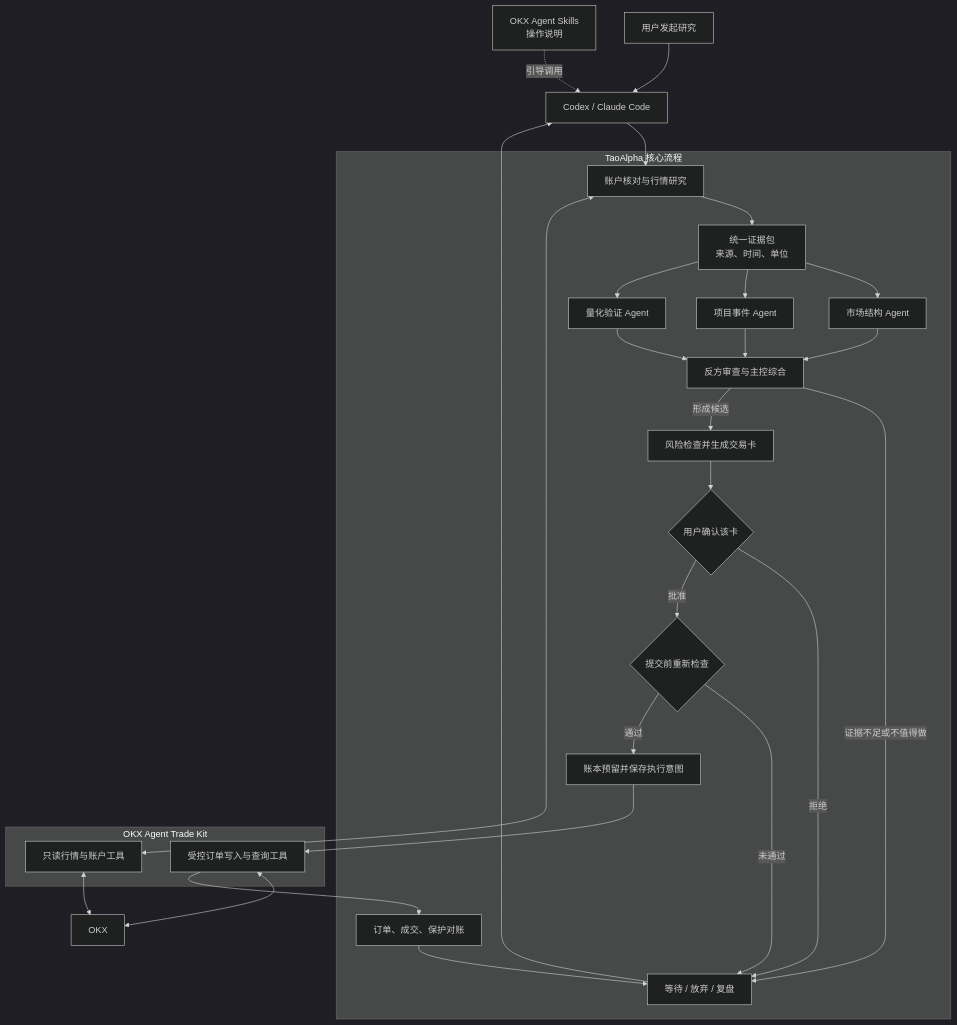
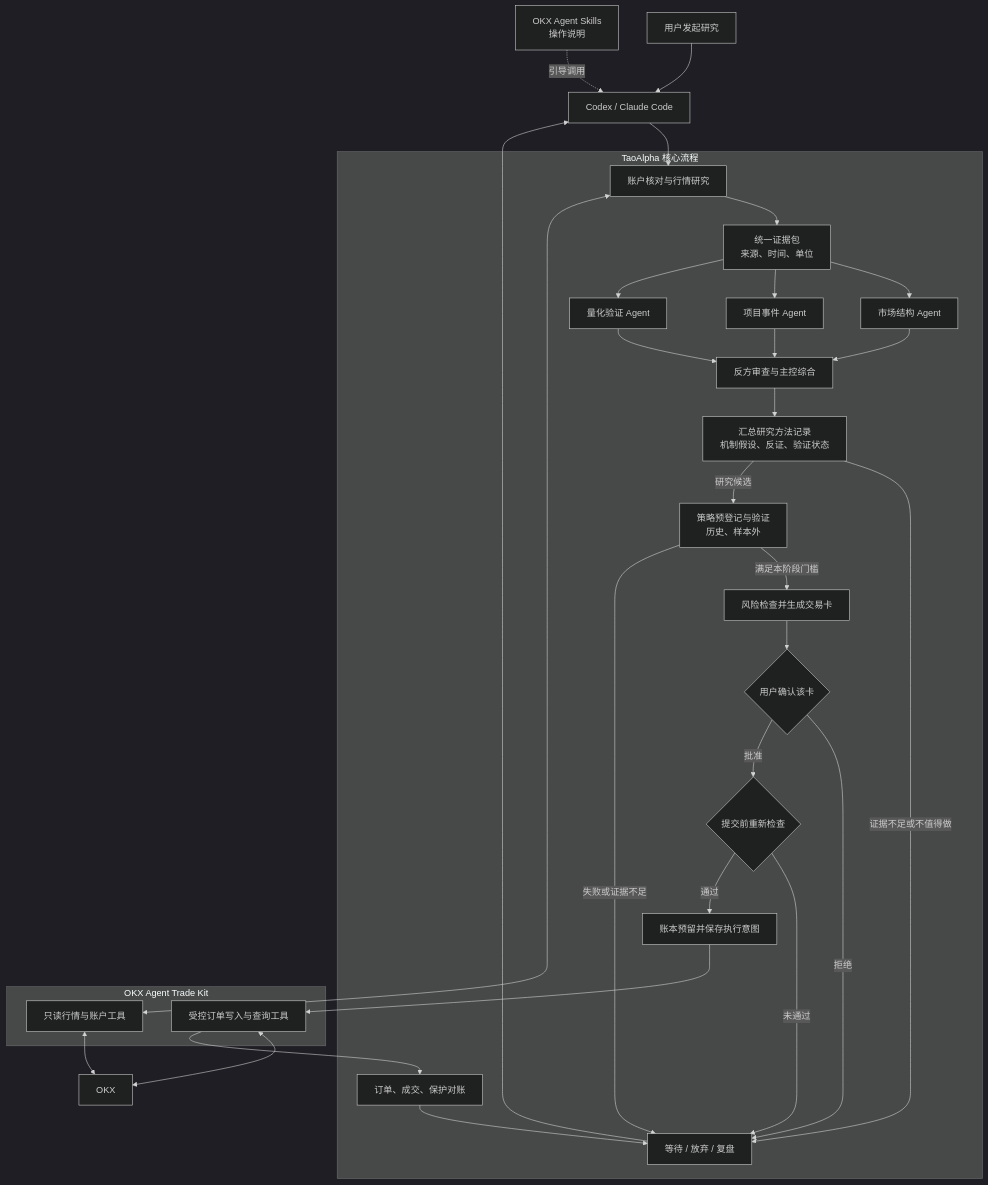
One commit to NW520-lz/taoalpha changed the diagram in README.md. Above: the diagram before and after it, drawn with Mermaid (dark theme). The commit also changed other lines of this file and 12 other files, not shown here.

````diff
--- a/README.md
+++ b/README.md
@@ -27,48 +34,53 @@
 ```mermaid
 flowchart TD
     U[用户发起研究] --> H[Codex / Claude Code]
     S[OKX Agent Skills<br/>操作说明] -.引导调用.-> H
 
     subgraph T[TaoAlpha 核心流程]
         R[账户核对与行情研究]
         E[统一证据包<br/>来源、时间、单位]
         A[市场结构 Agent]
         B[项目事件 Agent]
         C[量化验证 Agent]
         Q[反方审查与主控综合]
+        M[汇总研究方法记录<br/>机制假设、反证、验证状态]
+        Y[策略预登记与验证<br/>历史、样本外]
         P[风险检查并生成交易卡]
         V{用户确认该卡}
         G{提交前重新检查}
         L[账本预留并保存执行意图]
         X[订单、成交、保护对账]
         F[等待 / 放弃 / 复盘]
     end
 
     H --> R
     R --> E
     E --> A
     E --> B
     E --> C
     A --> Q
     B --> Q
     C --> Q
-    Q -->|证据不足或不值得做| F
-    Q -->|形成候选| P
+    Q --> M
+    M -->|证据不足或不值得做| F
+    M -->|研究候选| Y
+    Y -->|满足本阶段门槛| P
+    Y -->|失败或证据不足| F
     P --> V
     V -->|拒绝| F
     V -->|批准| G
     G -->|未通过| F
     G -->|通过| L
 
     subgraph K[OKX Agent Trade Kit]
         KR[只读行情与账户工具]
         KW[受控订单写入与查询工具]
     end
     KR <--> O[OKX]
     R <--> KR
     L --> KW
     KW <--> O
     KW --> X
     X --> F
     F --> H
 ```
````
